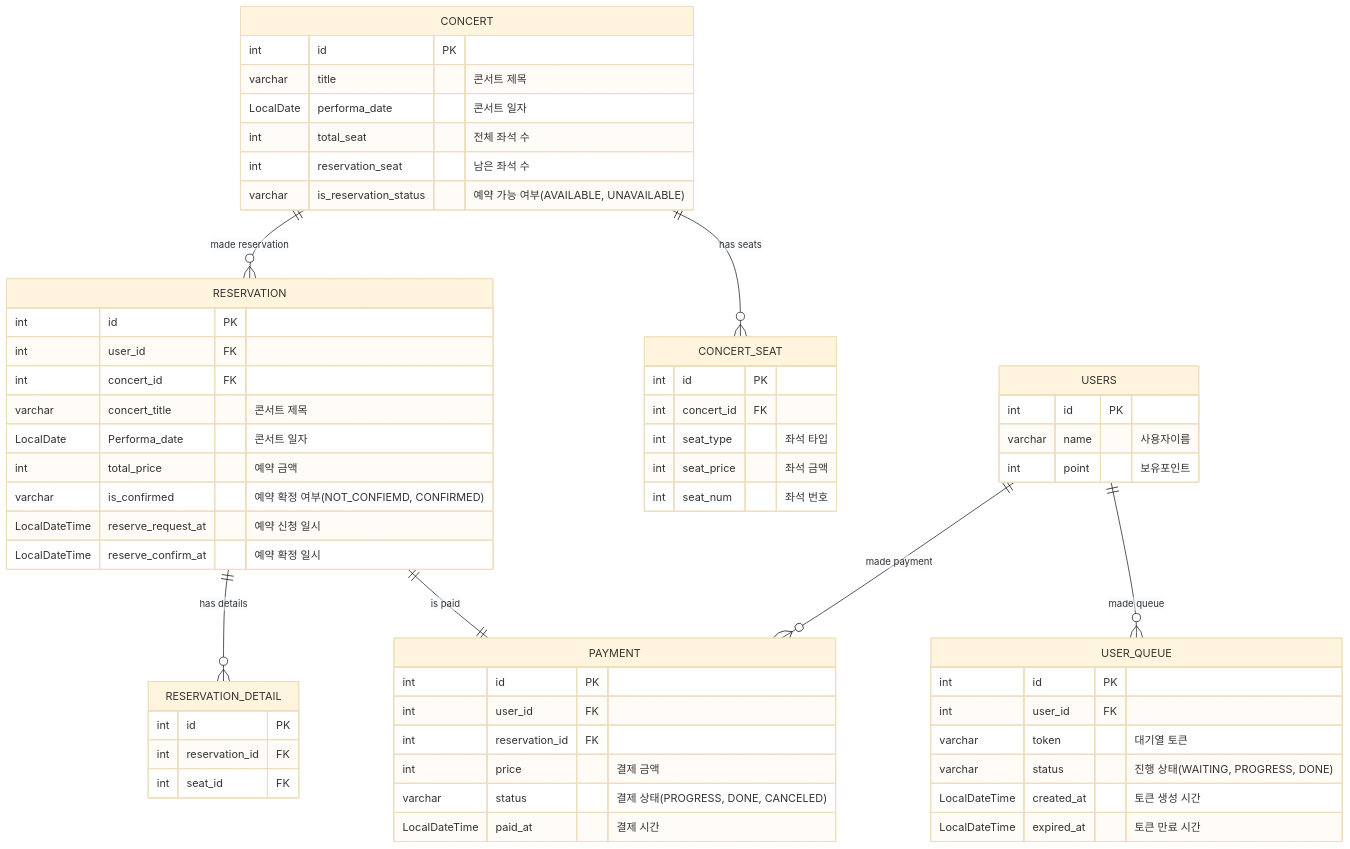
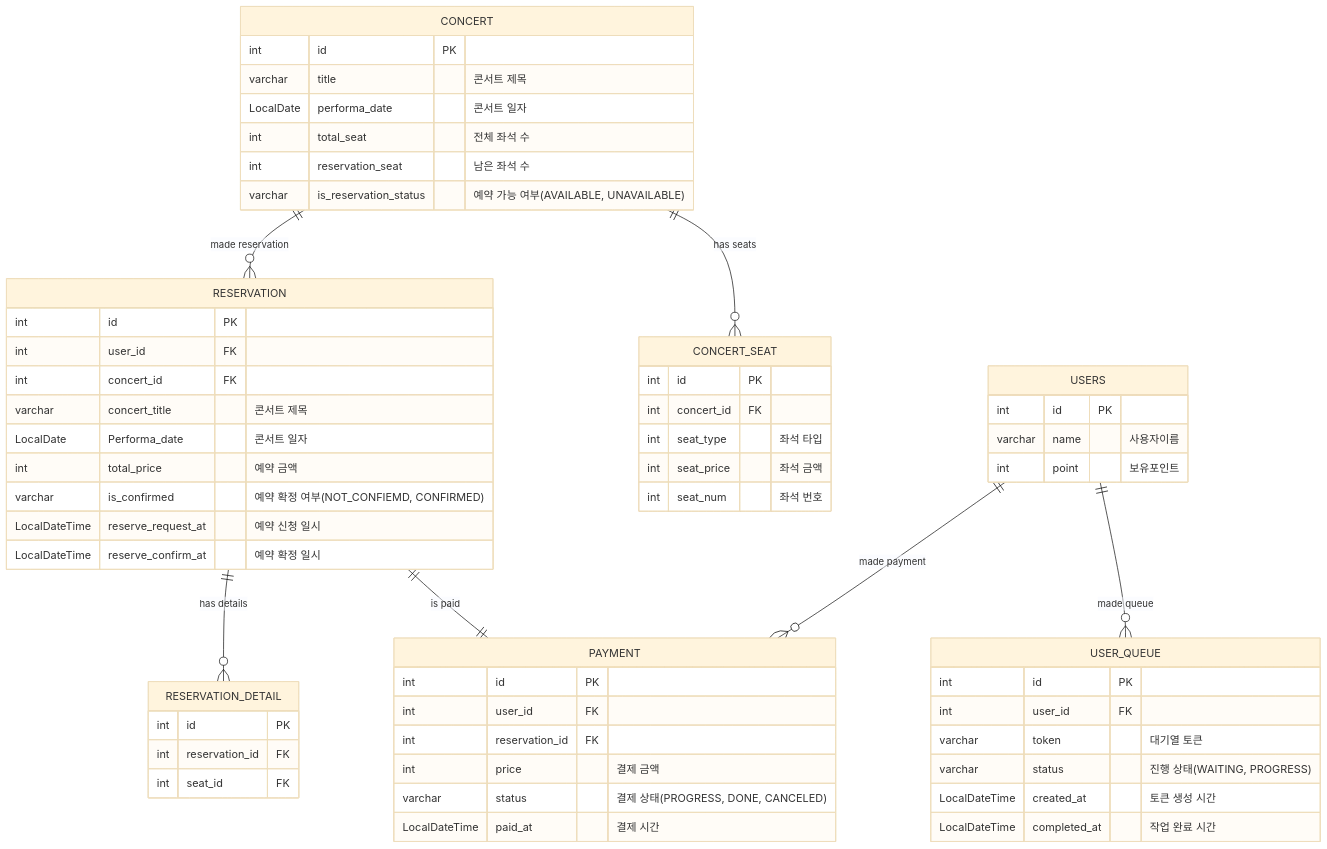
The diagram in reservation/doc/ERD.md (Lexyyaa/hhplus-reservation), drawn with Mermaid (base theme) before and after one commit.

````diff
--- a/reservation/doc/ERD.md
+++ b/reservation/doc/ERD.md
@@ -4,72 +4,72 @@
 ```mermaid
 erDiagram
     USERS {
         int id PK
         varchar name "사용자이름"
         int point "보유포인트"
     }
 
     USER_QUEUE {
         int id PK 
         int user_id FK
         varchar token "대기열 토큰"
-        varchar status "진행 상태(WAITING, PROGRESS, DONE)"
+        varchar status "진행 상태(WAITING, PROGRESS)"
         LocalDateTime created_at "토큰 생성 시간"
-        LocalDateTime expired_at "토큰 만료 시간"
+        LocalDateTime completed_at "작업 완료 시간"
     }
 
     CONCERT {
         int id PK
         varchar title "콘서트 제목"
         LocalDate performa_date "콘서트 일자"
         int total_seat "전체 좌석 수"
         int reservation_seat "남은 좌석 수"
         varchar is_reservation_status "예약 가능 여부(AVAILABLE, UNAVAILABLE)"
     }
 
     CONCERT_SEAT {
         int id PK
         int concert_id FK
         int seat_type "좌석 타입"
         int seat_price "좌석 금액"
         int seat_num "좌석 번호"
     }
 
     RESERVATION {
         int id PK
         int user_id FK
         int concert_id FK
         varchar concert_title "콘서트 제목"
         LocalDate Performa_date "콘서트 일자"
         int total_price "예약 금액"
         varchar is_confirmed "예약 확정 여부(NOT_CONFIEMD, CONFIRMED)"
         LocalDateTime reserve_request_at "예약 신청 일시"
         LocalDateTime reserve_confirm_at "예약 확정 일시"
     }
 
     RESERVATION_DETAIL {
         int id PK
         int reservation_id FK
         int seat_id FK
     }
 
     PAYMENT {
         int id PK
         int user_id FK
         int reservation_id FK
         int price "결제 금액"
         varchar status "결제 상태(PROGRESS, DONE, CANCELED)"
         LocalDateTime paid_at "결제 시간"
     }
 
     RESERVATION ||--o{ RESERVATION_DETAIL: "has details"
     RESERVATION ||--|| PAYMENT: "is paid"
 
 
     USERS ||--o{ USER_QUEUE: "made queue"
     USERS ||--o{ PAYMENT: "made payment"
 
 
     CONCERT ||--o{ CONCERT_SEAT: "has seats"
     CONCERT ||--o{ RESERVATION: "made reservation"
 ```
````
